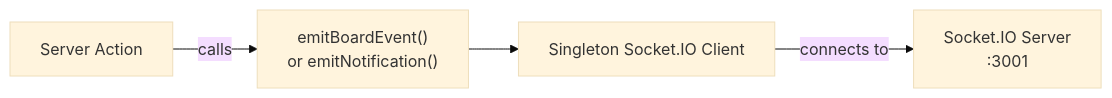
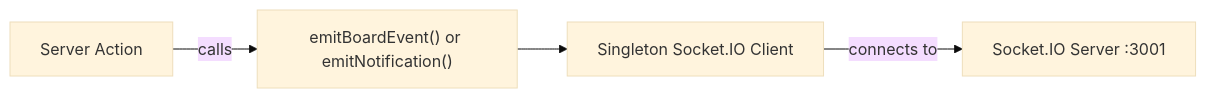
The third of 8 diagrams in docs/07-real-time-sockets.md (asefahmed500/Smart-Task-App_IIT_DU_Final_Project), drawn with Mermaid (base theme) before and after one commit. The commit also changed other lines of this file and 8 other files, not shown here.

Commit message:
fix: remove br tags from mermaid diagrams for GitHub rendering

````diff
--- a/docs/07-real-time-sockets.md
+++ b/docs/07-real-time-sockets.md
@@ -128,6 +128,6 @@
 ```mermaid
 flowchart LR
-    ACTION["Server Action"] -->|"calls"| EMIT["emitBoardEvent()<br/>or emitNotification()"]
+    ACTION["Server Action"] -->|"calls"| EMIT["emitBoardEvent() or emitNotification()"]
     EMIT --> SOCKET["Singleton Socket.IO Client"]
-    SOCKET -->|"connects to"| SERVER["Socket.IO Server<br/>:3001"]
+    SOCKET -->|"connects to"| SERVER["Socket.IO Server :3001"]
 ```
````
